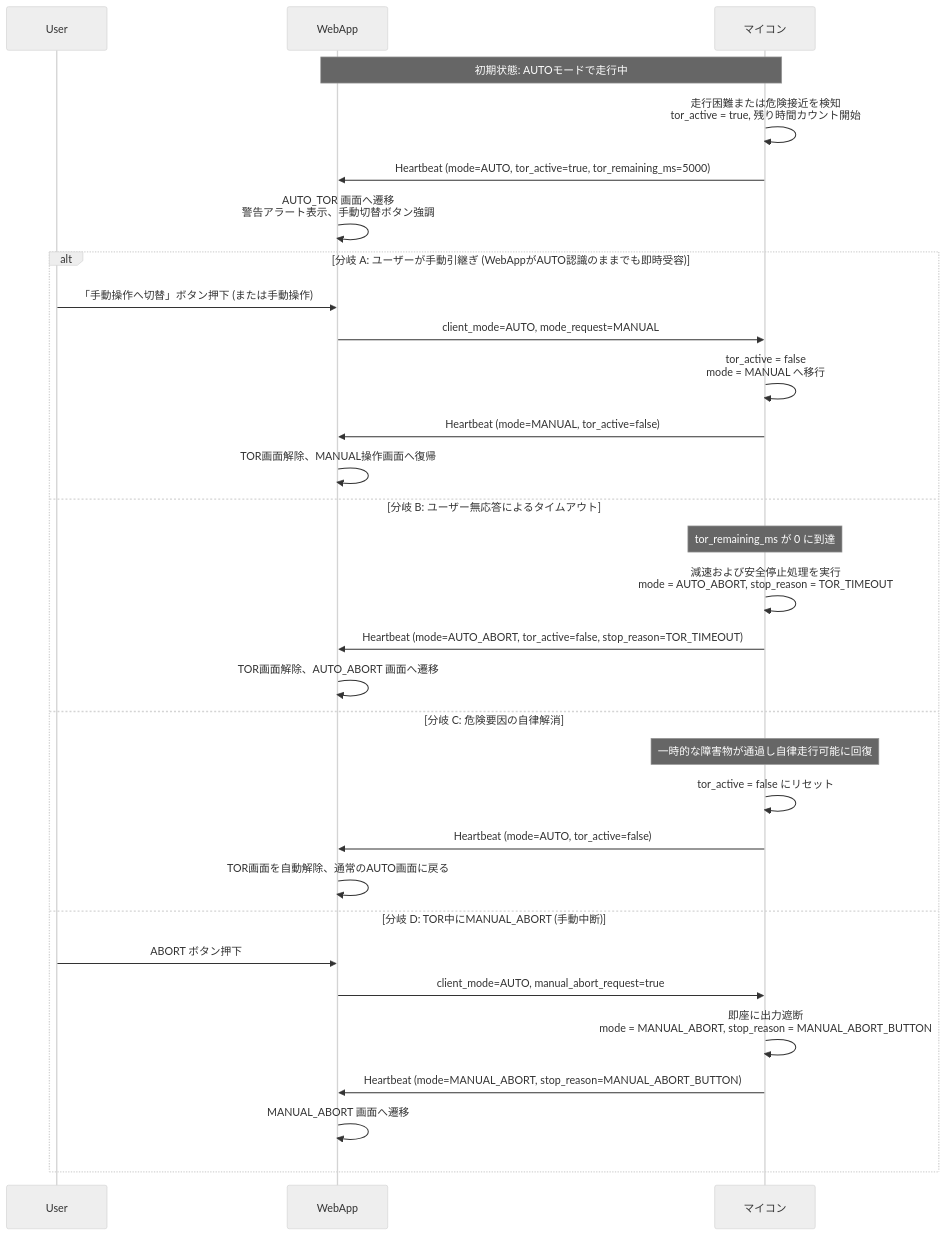
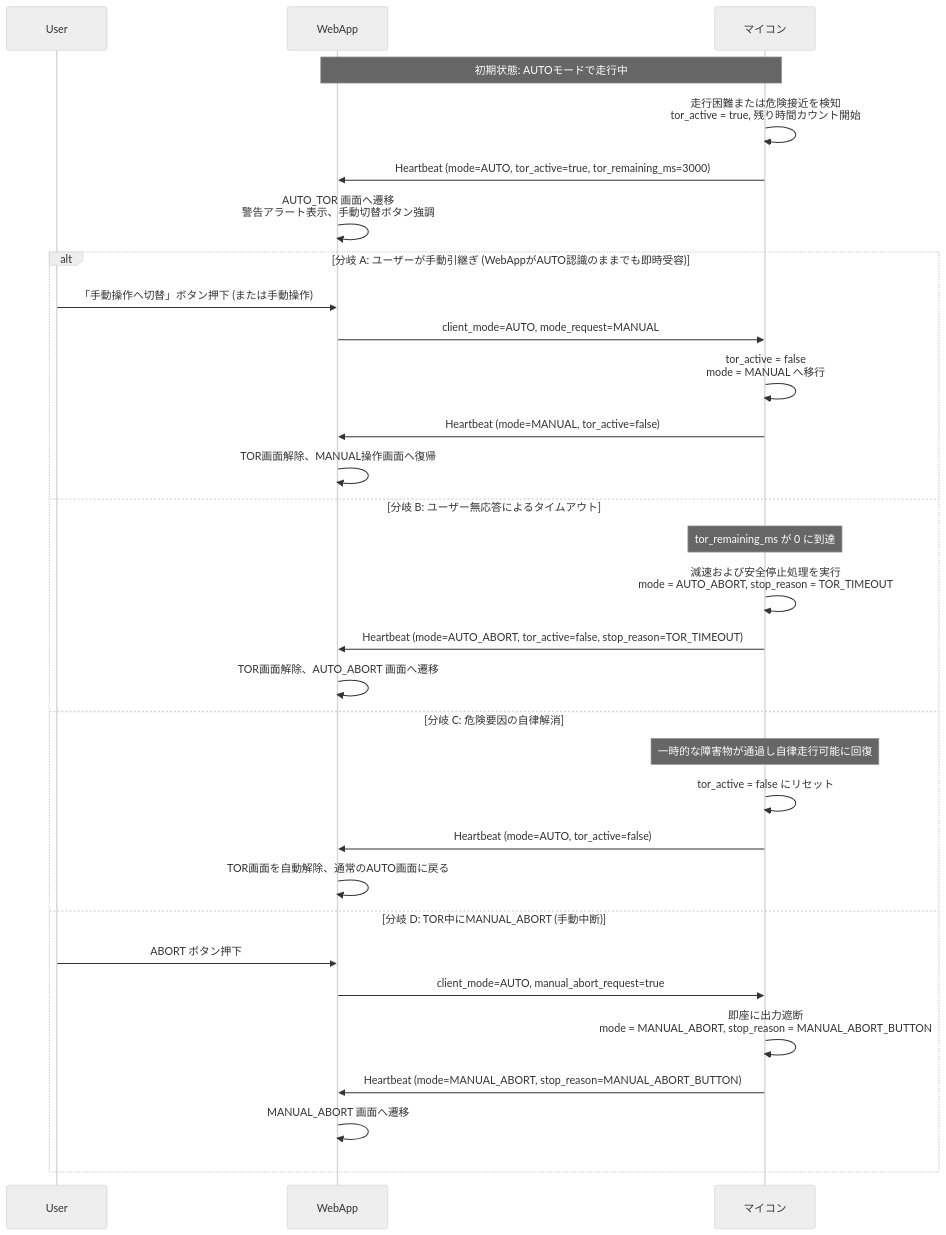
The fourth of 7 diagrams in docs/sequences.md (tut-cc/mini-4wd-webapp), drawn with Mermaid (neutral theme) before and after one commit. The commit also changed 12 other files, not shown here.

````diff
--- a/docs/sequences.md
+++ b/docs/sequences.md
@@ -120,40 +120,40 @@
 ```mermaid
 sequenceDiagram
     participant U as User
     participant W as WebApp
     participant M as マイコン
 
     Note over W, M: 初期状態: AUTOモードで走行中
 
     M->>M: 走行困難または危険接近を検知<br/>tor_active = true, 残り時間カウント開始
-    M->>W: Heartbeat (mode=AUTO, tor_active=true, tor_remaining_ms=5000)
+    M->>W: Heartbeat (mode=AUTO, tor_active=true, tor_remaining_ms=3000)
 
     W->>W: AUTO_TOR 画面へ遷移<br/>警告アラート表示、手動切替ボタン強調
 
     alt 分岐 A: ユーザーが手動引継ぎ (WebAppがAUTO認識のままでも即時受容)
         U->>W: 「手動操作へ切替」ボタン押下 (または手動操作)
         W->>M: client_mode=AUTO, mode_request=MANUAL
         M->>M: tor_active = false<br/>mode = MANUAL へ移行
         M->>W: Heartbeat (mode=MANUAL, tor_active=false)
         W->>W: TOR画面解除、MANUAL操作画面へ復帰
 
     else 分岐 B: ユーザー無応答によるタイムアウト
         Note over M: tor_remaining_ms が 0 に到達
         M->>M: 減速および安全停止処理を実行<br/>mode = AUTO_ABORT, stop_reason = TOR_TIMEOUT
         M->>W: Heartbeat (mode=AUTO_ABORT, tor_active=false, stop_reason=TOR_TIMEOUT)
         W->>W: TOR画面解除、AUTO_ABORT 画面へ遷移
 
     else 分岐 C: 危険要因の自律解消
         Note over M: 一時的な障害物が通過し自律走行可能に回復
         M->>M: tor_active = false にリセット
         M->>W: Heartbeat (mode=AUTO, tor_active=false)
         W->>W: TOR画面を自動解除、通常のAUTO画面に戻る
 
     else 分岐 D: TOR中にMANUAL_ABORT (手動中断)
         U->>W: ABORT ボタン押下
         W->>M: client_mode=AUTO, manual_abort_request=true
         M->>M: 即座に出力遮断<br/>mode = MANUAL_ABORT, stop_reason = MANUAL_ABORT_BUTTON
         M->>W: Heartbeat (mode=MANUAL_ABORT, stop_reason=MANUAL_ABORT_BUTTON)
         W->>W: MANUAL_ABORT 画面へ遷移
     end
 ```
````
